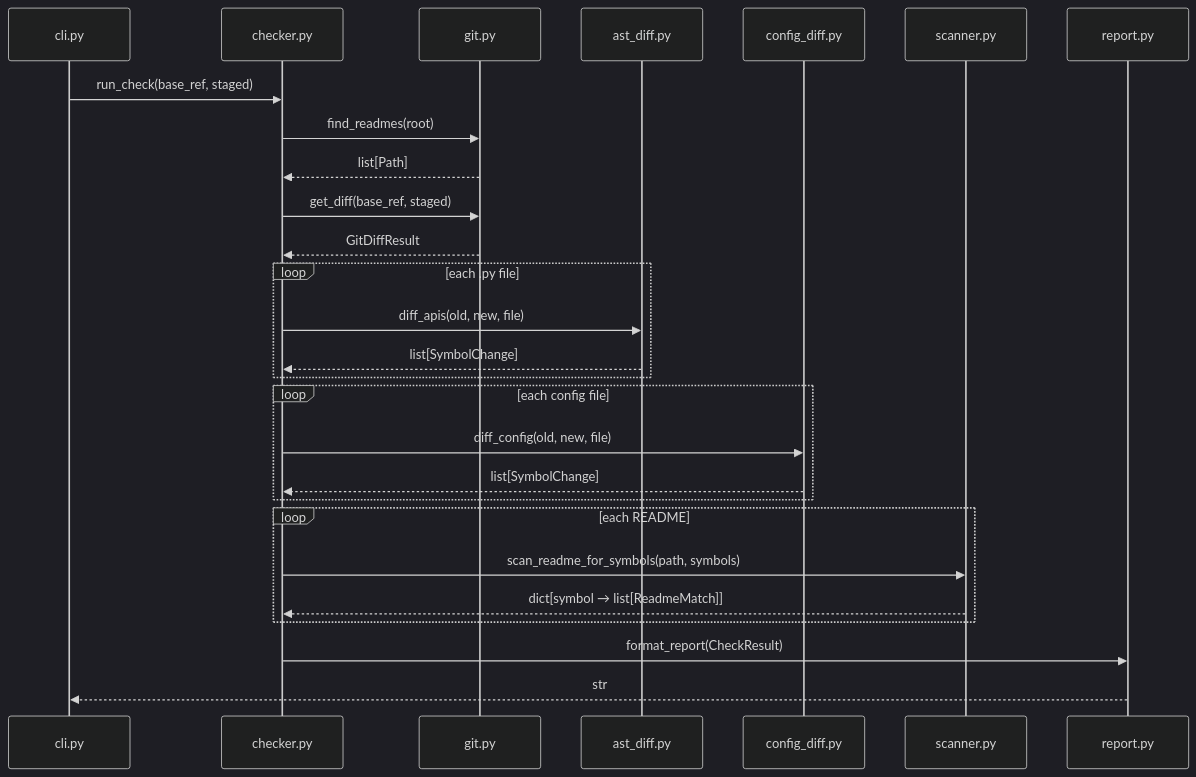
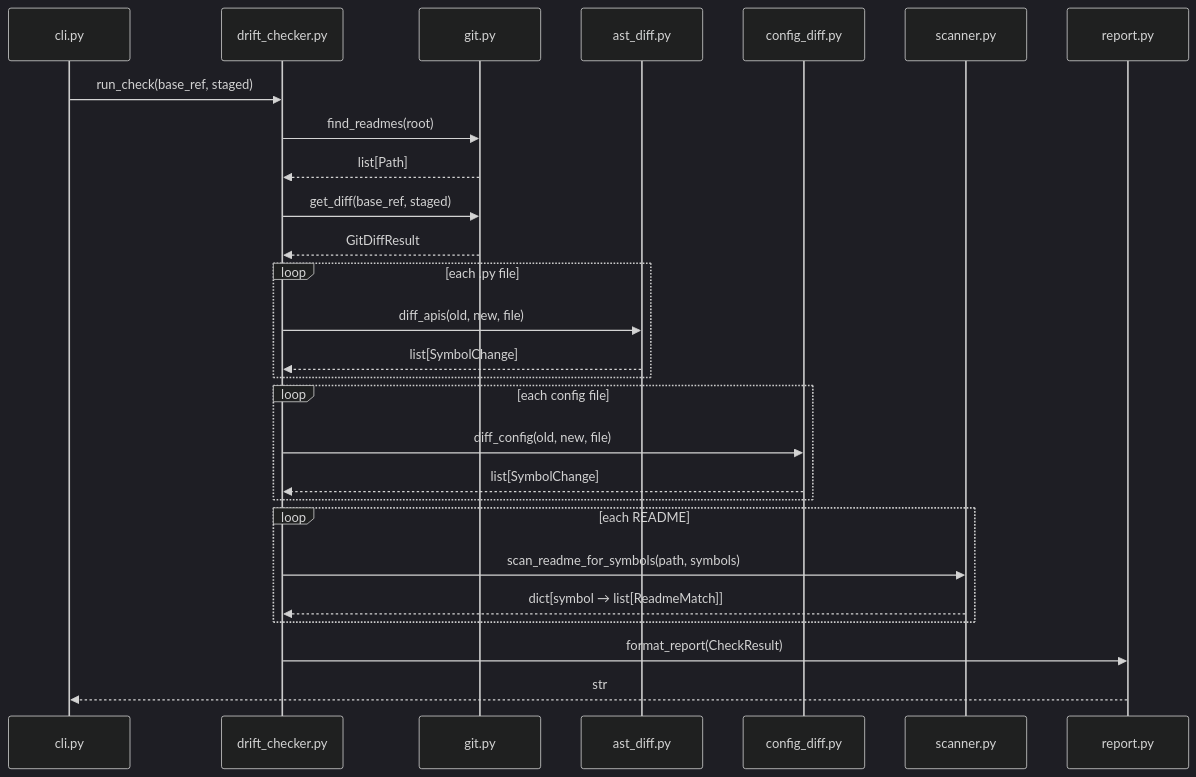
One commit to sachn1/readme-drift changed the third of 3 diagrams in docs/architecture.md. Above: the diagram before and after it, drawn with Mermaid (dark theme). The commit also changed other lines of this file and 11 other files, not shown here.

````diff
--- a/docs/architecture.md
+++ b/docs/architecture.md
@@ -63,30 +67,30 @@
 ```mermaid
 sequenceDiagram
     participant CLI as cli.py
-    participant CK as checker.py
+    participant CK as drift_checker.py
     participant GIT as git.py
     participant AST as ast_diff.py
     participant CFG as config_diff.py
     participant SC as scanner.py
     participant RP as report.py
 
     CLI->>CK: run_check(base_ref, staged)
     CK->>GIT: find_readmes(root)
     GIT-->>CK: list[Path]
     CK->>GIT: get_diff(base_ref, staged)
     GIT-->>CK: GitDiffResult
     loop each .py file
         CK->>AST: diff_apis(old, new, file)
         AST-->>CK: list[SymbolChange]
     end
     loop each config file
         CK->>CFG: diff_config(old, new, file)
         CFG-->>CK: list[SymbolChange]
     end
     loop each README
         CK->>SC: scan_readme_for_symbols(path, symbols)
         SC-->>CK: dict[symbol → list[ReadmeMatch]]
     end
     CK->>RP: format_report(CheckResult)
     RP-->>CLI: str
 ```
````
